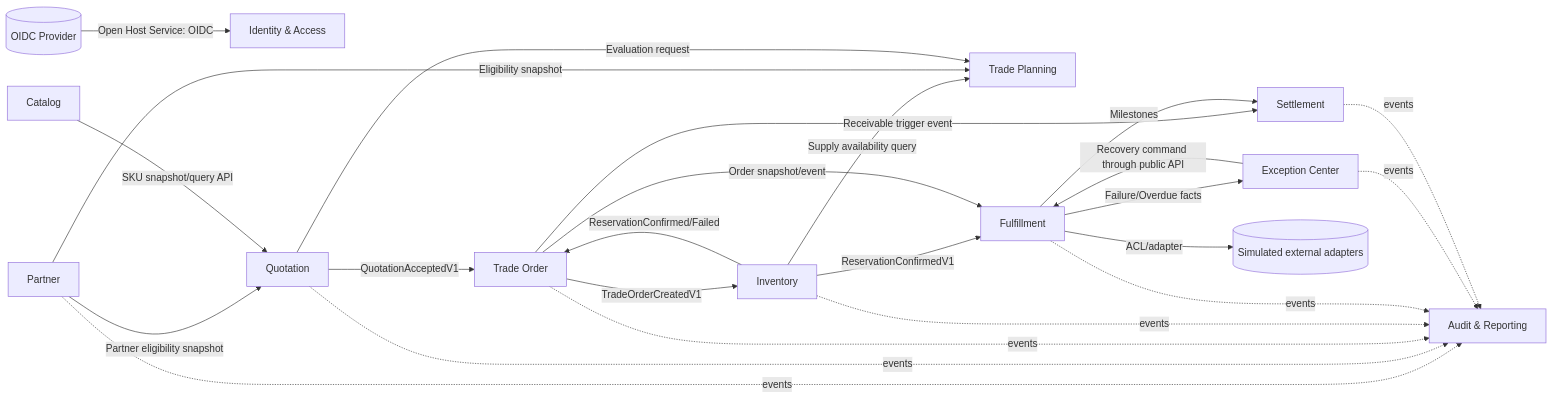
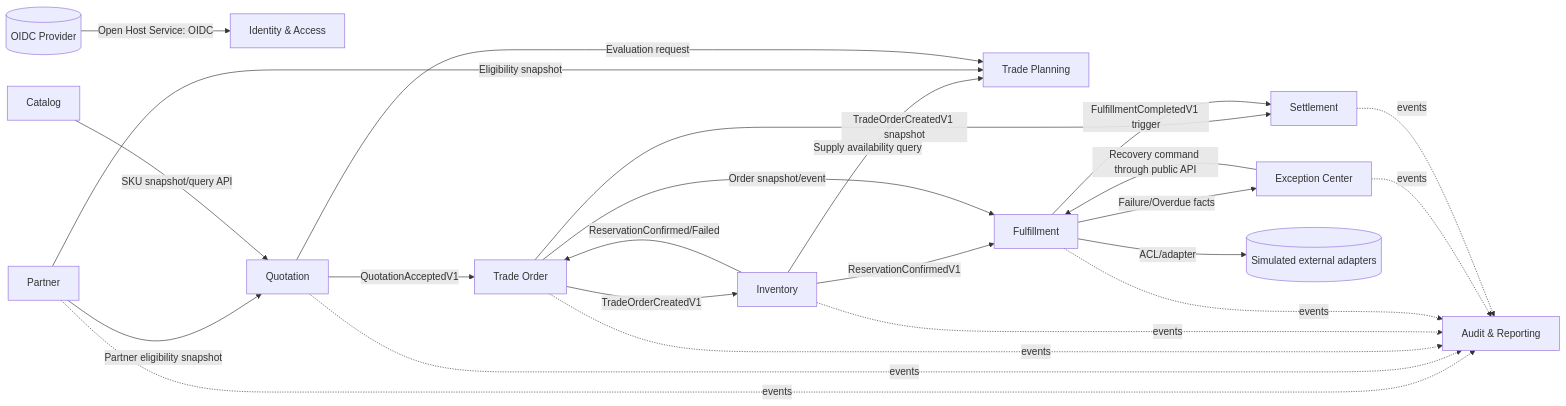
The diagram in docs/02-domain/01-context-map.md (RomanticHW/cellarbridge-platform), drawn with Mermaid before and after one commit. The commit also changed other lines of this file and 11 other files, not shown here.

````diff
--- a/docs/02-domain/01-context-map.md
+++ b/docs/02-domain/01-context-map.md
@@ -23,40 +23,40 @@
 ```mermaid
 flowchart LR
     IAM[Identity & Access]
     PAR[Partner]
     CAT[Catalog]
     INV[Inventory]
     QUO[Quotation]
     TRD[Trade Planning]
     ORD[Trade Order]
     FUL[Fulfillment]
     EXC[Exception Center]
     SET[Settlement]
     AUD[Audit & Reporting]
     IDP[(OIDC Provider)]
     EXT[(Simulated external adapters)]
 
     IDP -->|Open Host Service: OIDC| IAM
     PAR -->|Partner eligibility snapshot| QUO
     CAT -->|SKU snapshot/query API| QUO
     INV -->|Supply availability query| TRD
     PAR -->|Eligibility snapshot| TRD
     QUO -->|Evaluation request| TRD
     QUO -->|QuotationAcceptedV1| ORD
     ORD -->|TradeOrderCreatedV1| INV
     INV -->|ReservationConfirmed/Failed| ORD
     INV -->|ReservationConfirmedV1| FUL
     ORD -->|Order snapshot/event| FUL
     FUL -->|Failure/Overdue facts| EXC
     EXC -->|Recovery command through public API| FUL
-    ORD -->|Receivable trigger event| SET
-    FUL -->|Milestones| SET
+    ORD -->|TradeOrderCreatedV1 snapshot| SET
+    FUL -->|FulfillmentCompletedV1 trigger| SET
     PAR -.events.-> AUD
     QUO -.events.-> AUD
     ORD -.events.-> AUD
     INV -.events.-> AUD
     FUL -.events.-> AUD
     EXC -.events.-> AUD
     SET -.events.-> AUD
     FUL -->|ACL/adapter| EXT
 ```
````
